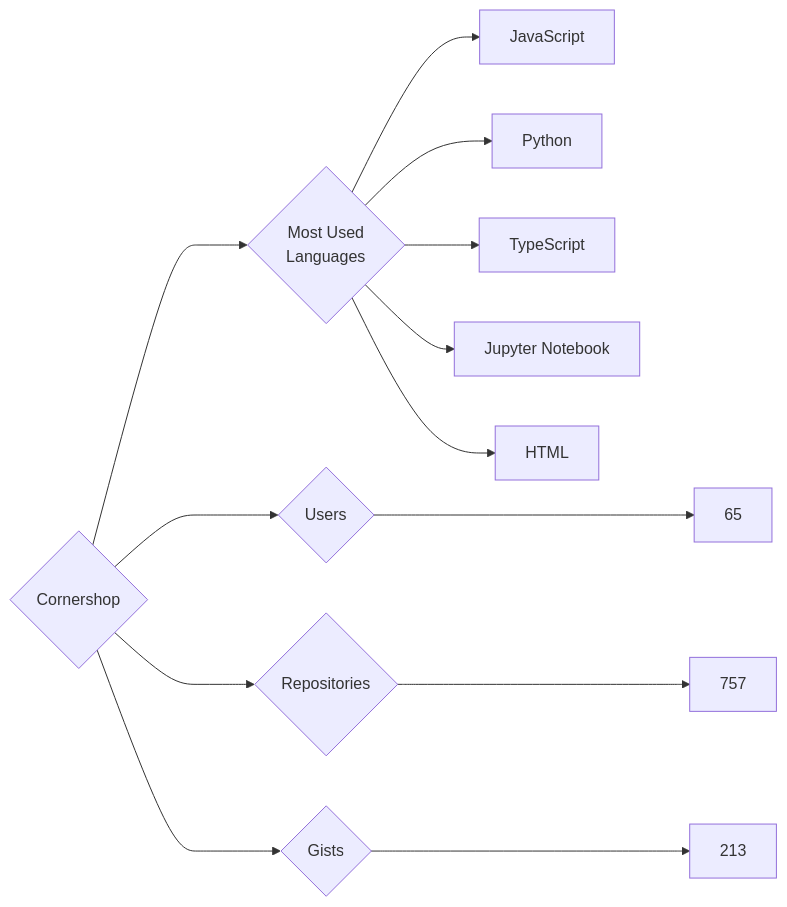
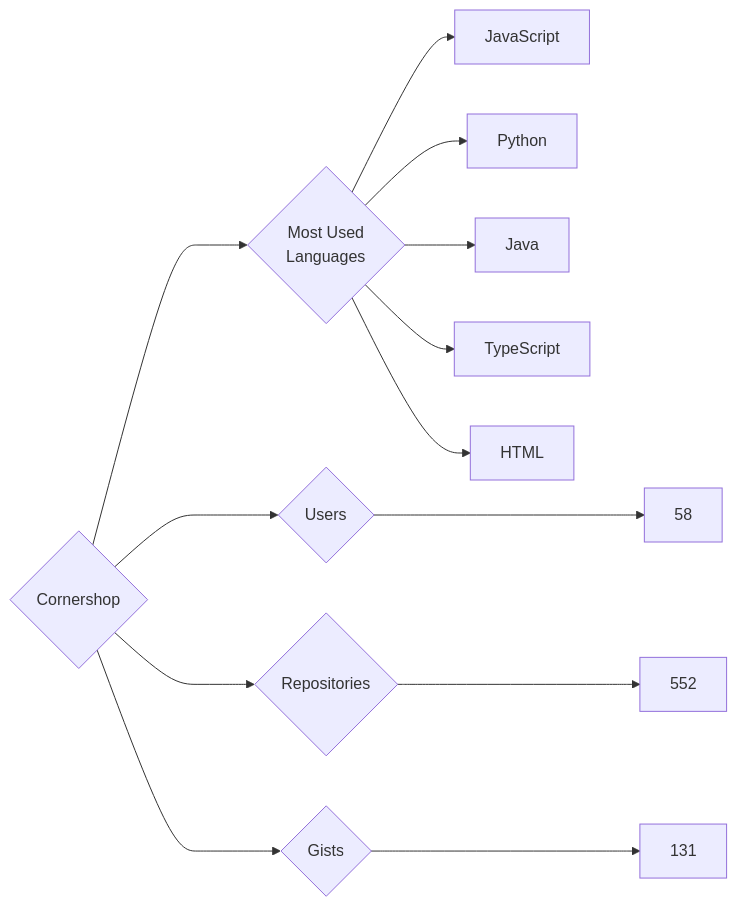
Before and after one commit to trickest/insiders: the diagram in targets/Cornershop/README.md, drawn with Mermaid. The commit also changed 614 other files, not shown here.

````diff
--- a/targets/Cornershop/README.md
+++ b/targets/Cornershop/README.md
@@ -3,13 +3,13 @@
 ```mermaid
 graph LR
 COMPANY_NAME{Cornershop}
-COMPANY_NAME ---> U{Users} ---> UN[65]
-COMPANY_NAME ---> R{Repositories} ---> RN[757]
-COMPANY_NAME ---> G{Gists} ---> GN[213]
+COMPANY_NAME ---> U{Users} ---> UN[58]
+COMPANY_NAME ---> R{Repositories} ---> RN[552]
+COMPANY_NAME ---> G{Gists} ---> GN[131]
 COMPANY_NAME ---> ML{Most Used<br>Languages}
 ML --> JavaScript[JavaScript]
 ML --> Python[Python]
+ML --> Java[Java]
 ML --> TypeScript[TypeScript]
-ML --> Jupyter_Notebook[Jupyter Notebook]
 ML --> HTML[HTML]
 ```
````
